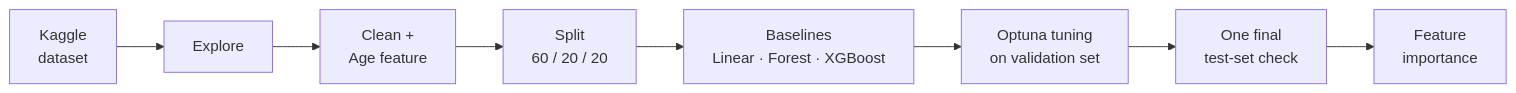
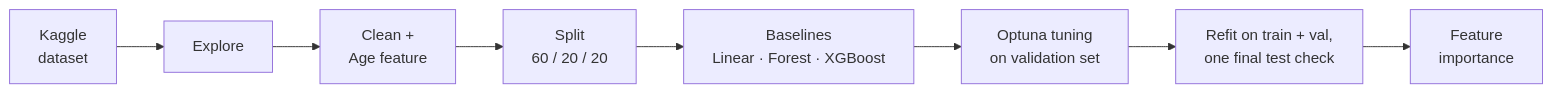
Before and after one commit to almanea00/saudi-used-car-price-prediction: the third of 3 diagrams in README.md, drawn with Mermaid. The commit also changed other lines of this file, not shown here.

Commit message:
README: describe final refit step

````diff
--- a/README.md
+++ b/README.md
@@ -69,5 +69,5 @@
 ```mermaid
 flowchart LR
     A["Kaggle<br/>dataset"] --> B["Explore"] --> C["Clean +<br/>Age feature"] --> D["Split<br/>60 / 20 / 20"]
-    D --> E["Baselines<br/>Linear · Forest · XGBoost"] --> F["Optuna tuning<br/>on validation set"] --> G["One final<br/>test-set check"] --> H["Feature<br/>importance"]
+    D --> E["Baselines<br/>Linear · Forest · XGBoost"] --> F["Optuna tuning<br/>on validation set"] --> G["Refit on train + val,<br/>one final test check"] --> H["Feature<br/>importance"]
 ```
````
